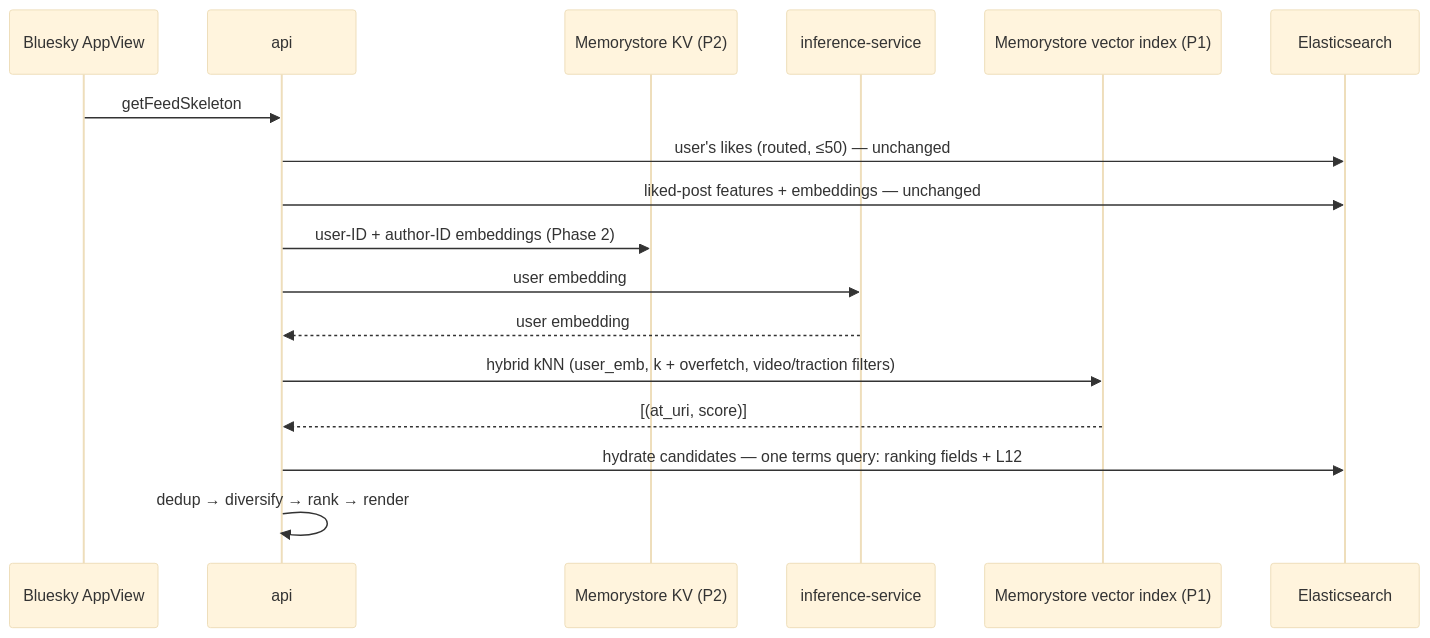
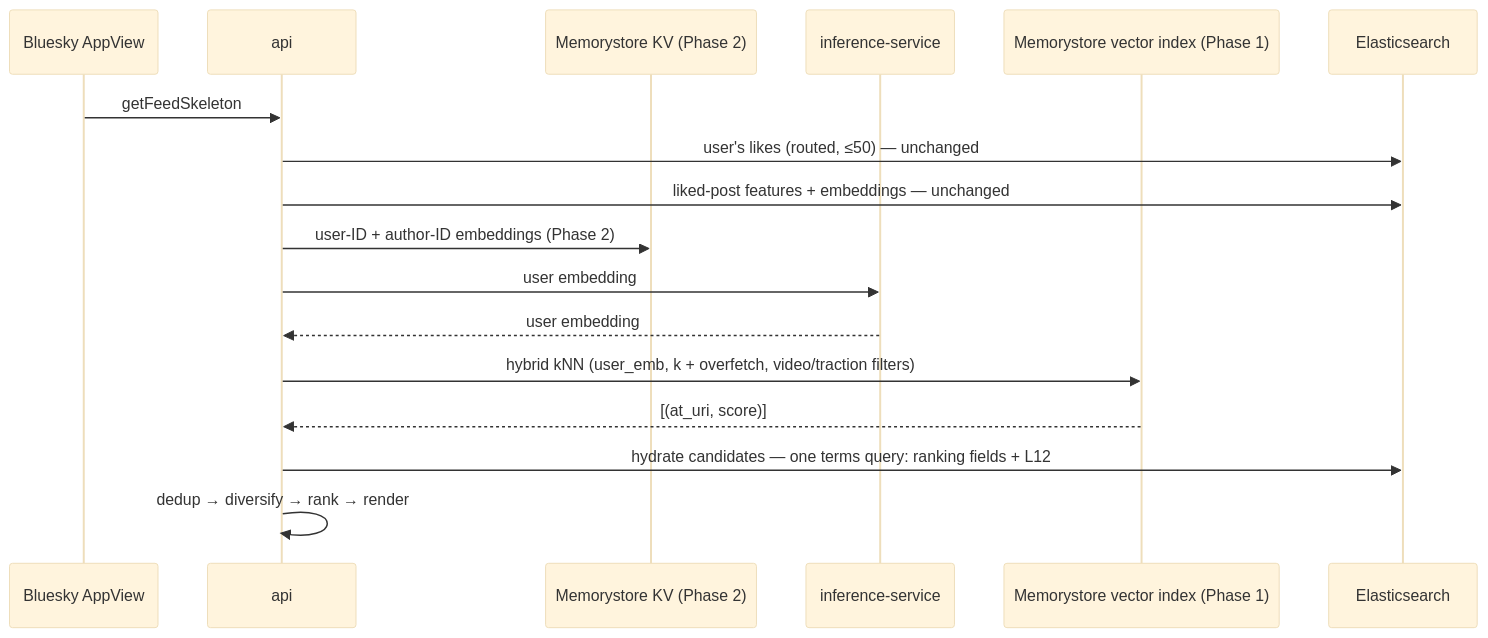
One commit to greenearth-social/api changed the first of 4 diagrams in docs/design/feeds-datastore-redesign.md. Above: the diagram before and after it, drawn with Mermaid (base theme). The commit also changed other lines of this file, not shown here.

Commit message:
Coherence pass: anchor phase references to explicit 5 phased plan; add design Q&A appendix; tighten 4.4

````diff
--- a/docs/design/feeds-datastore-redesign.md
+++ b/docs/design/feeds-datastore-redesign.md
@@ -92,20 +91,20 @@
 ```mermaid
 sequenceDiagram
     participant BSKY as Bluesky AppView
     participant API as api
-    participant KV as Memorystore KV (P2)
+    participant KV as Memorystore KV (Phase 2)
     participant INF as inference-service
-    participant ANN as Memorystore vector index (P1)
+    participant ANN as Memorystore vector index (Phase 1)
     participant ES as Elasticsearch
 
     BSKY->>API: getFeedSkeleton
     API->>ES: user's likes (routed, ≤50) — unchanged
     API->>ES: liked-post features + embeddings — unchanged
     API->>KV: user-ID + author-ID embeddings (Phase 2)
     API->>INF: user embedding
     INF-->>API: user embedding
     API->>ANN: hybrid kNN (user_emb, k + overfetch, video/traction filters)
     ANN-->>API: [(at_uri, score)]
     API->>ES: hydrate candidates — one terms query: ranking fields + L12
     API->>API: dedup → diversify → rank → render
 ```
````
